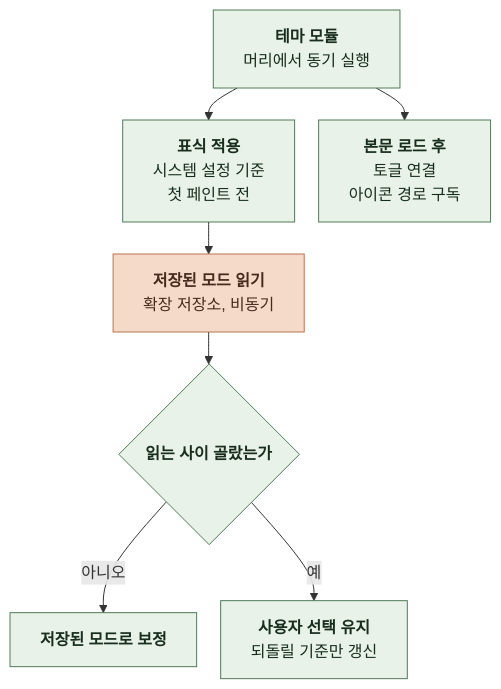
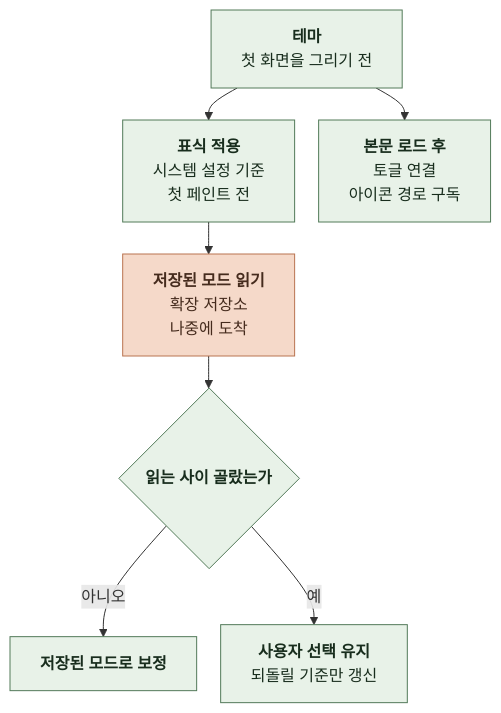
One commit to kangkyunghyun/LinKHU changed the third of 7 diagrams in docs/spec/6-1-INTERACTION.md. Above: the diagram before and after it, drawn with Mermaid. The commit also changed other lines of this file and 15 other files, not shown here.

````diff
--- a/docs/spec/6-1-INTERACTION.md
+++ b/docs/spec/6-1-INTERACTION.md
@@ -134,21 +134,22 @@
 ```mermaid
 %%{init: {"flowchart": {"curve": "basis", "nodeSpacing": 24, "rankSpacing": 32}}}%%
 flowchart TD
-    A["`**테마 모듈**
-머리에서 동기 실행`"] --> B["`**표식 적용**
+    A["`**테마**
+첫 화면을 그리기 전`"] --> B["`**표식 적용**
 시스템 설정 기준
 첫 페인트 전`"]
     B --> C["`**저장된 모드 읽기**
-확장 저장소, 비동기`"]
+확장 저장소
+나중에 도착`"]
     A --> T["`**본문 로드 후**
 토글 연결
 아이콘 경로 구독`"]
     C --> D{"`**읽는 사이 골랐는가**`"}
     D -->|아니오| E["`**저장된 모드로 보정**`"]
     D -->|예| F["`**사용자 선택 유지**
 되돌릴 기준만 갱신`"]
     classDef comp fill:#E8F2E8,stroke:#527A59,color:#182D1D
     classDef store fill:#F5D9C9,stroke:#B97450,color:#452B1D
     class A,B,T,D,E,F comp
     class C store
 ```
````
